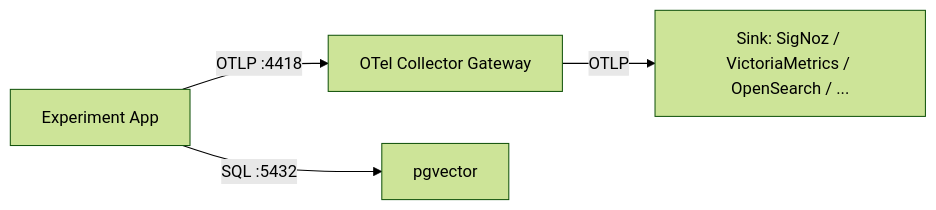
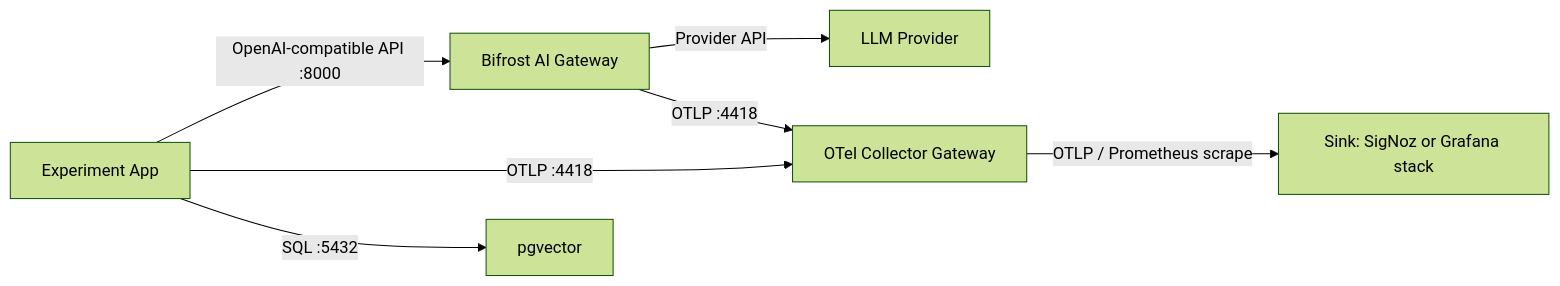
The diagram in infra/README.md (one2nc/ai_observability), drawn with Mermaid (forest theme) before and after one commit. The commit also changed other lines of this file and 11 other files, not shown here.

Commit message:
(refactor/feat) grafana sink,enc based params

````diff
--- a/infra/README.md
+++ b/infra/README.md
@@ -7,6 +7,9 @@
 ```mermaid
 graph LR
-    App[Experiment App] -->|OTLP :4418| Gateway[OTel Collector Gateway]
-    Gateway -->|OTLP| Sink[Sink: SigNoz / VictoriaMetrics / OpenSearch / ...]
+    App[Experiment App] -->|OpenAI-compatible API :8000| Bifrost[Bifrost AI Gateway]
+    Bifrost -->|Provider API| Provider[LLM Provider]
+    App -->|OTLP :4418| Gateway[OTel Collector Gateway]
+    Bifrost -->|OTLP :4418| Gateway
+    Gateway -->|OTLP / Prometheus scrape| Sink[Sink: SigNoz or Grafana stack]
     App -->|SQL :5432| PG[pgvector]
 ```
````
